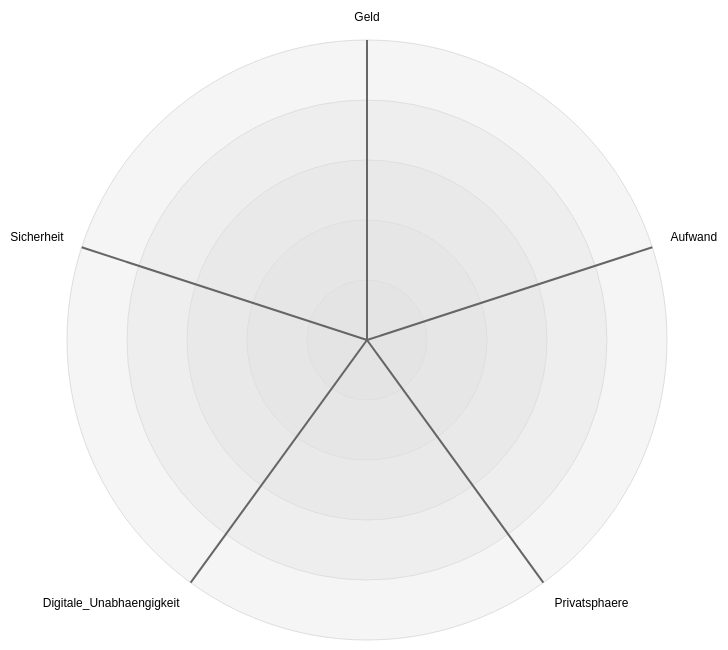
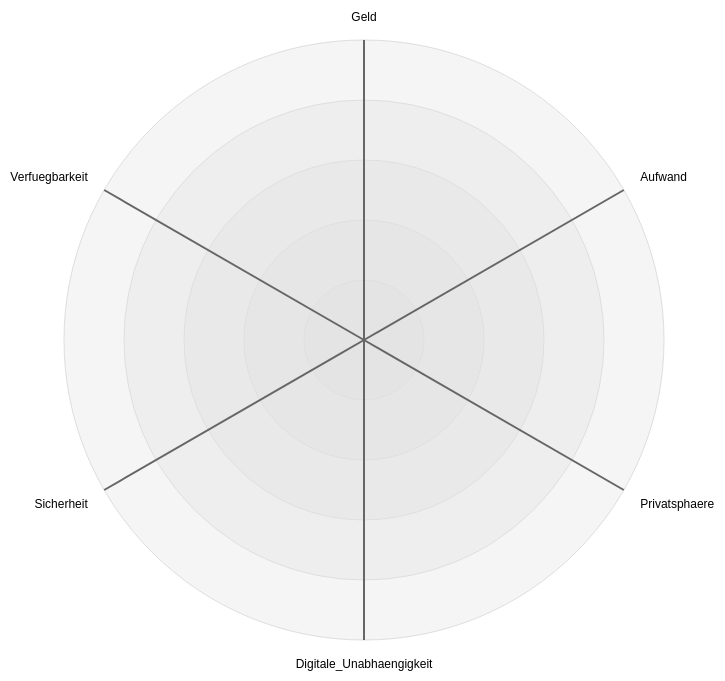
One commit to hnaussed/digitale-unabhaengigkeit-in-der-familie changed the diagram in folien/slides.md. Above: the diagram before and after it, drawn with Mermaid (neutral theme). The commit also changed other lines of this file and 1 other file, not shown here.

````diff
--- a/folien/slides.md
+++ b/folien/slides.md
@@ -70,5 +70,5 @@
 ```mermaid {theme: 'neutral', scale: 0.6}
 radar-beta
-	axis Geld, Aufwand, Privatsphaere, Digitale_Unabhaengigkeit, Sicherheit
+	axis Geld, Aufwand, Privatsphaere, Digitale_Unabhaengigkeit, Sicherheit, Verfuegbarkeit
 	max 5
 ```
````
